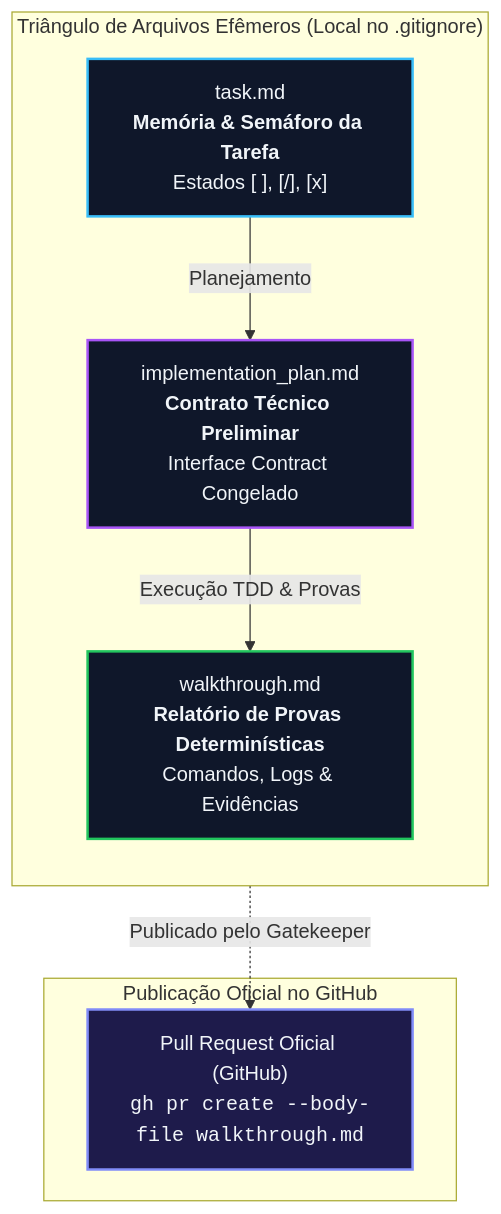
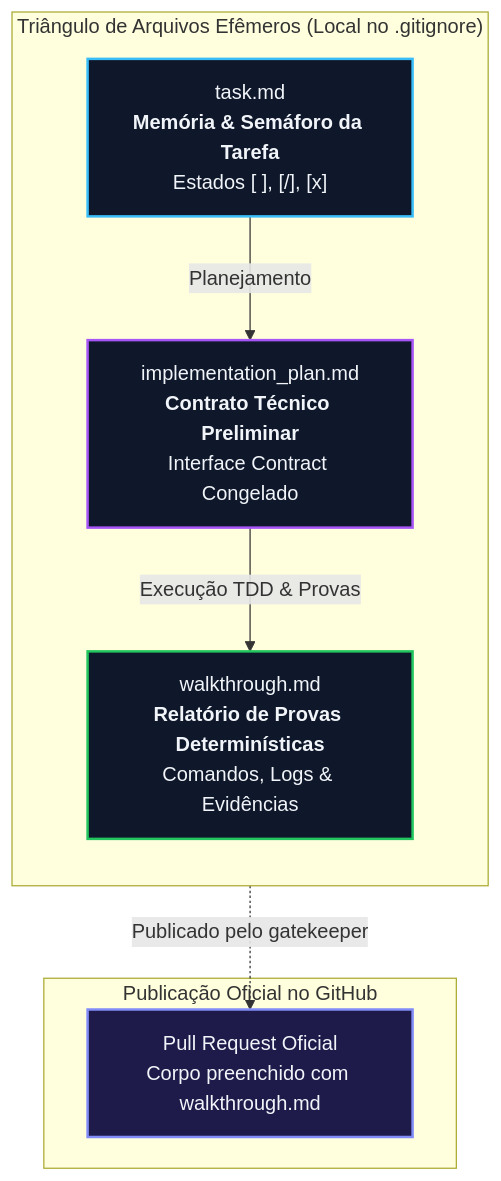
One commit to VitorJacom/my-agents changed the second of 3 diagrams in docs/AIDD-Manifesto.md. Above: the diagram before and after it, drawn with Mermaid. The commit also changed other lines of this file and 35 other files, not shown here.

````diff
--- a/docs/AIDD-Manifesto.md
+++ b/docs/AIDD-Manifesto.md
@@ -44,22 +44,22 @@
 ```mermaid
 flowchart TD
     subgraph TrianguloEfêmero ["Triângulo de Arquivos Efêmeros (Local no .gitignore)"]
         direction TB
         TASK["task.md<br/><b>Memória & Semáforo da Tarefa</b><br/>Estados [ ], [/], [x]"]
         PLAN["implementation_plan.md<br/><b>Contrato Técnico Preliminar</b><br/>Interface Contract Congelado"]
         WALK["walkthrough.md<br/><b>Relatório de Provas Determinísticas</b><br/>Comandos, Logs & Evidências"]
         
         TASK -->|Planejamento| PLAN
         PLAN -->|Execução TDD & Provas| WALK
     end
 
     subgraph GitHubGov ["Publicação Oficial no GitHub"]
-        PR["Pull Request Oficial (GitHub)<br/><code>gh pr create --body-file walkthrough.md</code>"]
-        WALK -.->|Publicado pelo Gatekeeper| PR
+        PR["Pull Request Oficial<br/>Corpo preenchido com walkthrough.md"]
+        WALK -.->|"Publicado pelo gatekeeper"| PR
     end
 
     style TASK fill:#0f172a,stroke:#38bdf8,stroke-width:2px,color:#f1f5f9
     style PLAN fill:#0f172a,stroke:#a855f7,stroke-width:2px,color:#f1f5f9
     style WALK fill:#0f172a,stroke:#22c55e,stroke-width:2px,color:#f1f5f9
     style PR fill:#1e1b4b,stroke:#818cf8,stroke-width:2px,color:#f1f5f9
 ```
````
